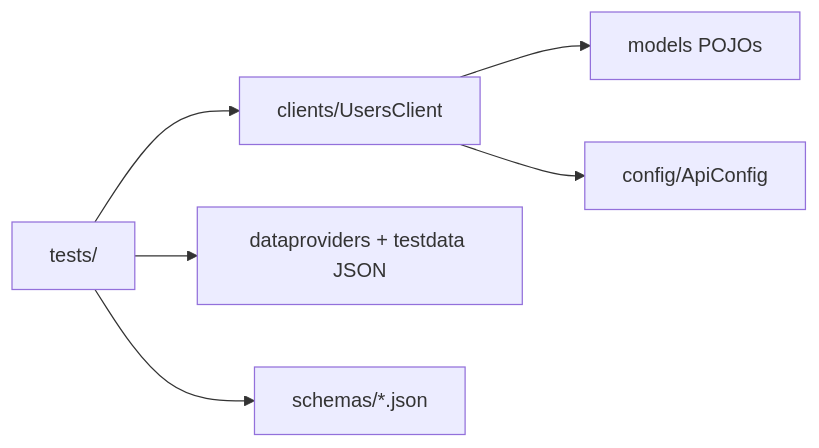
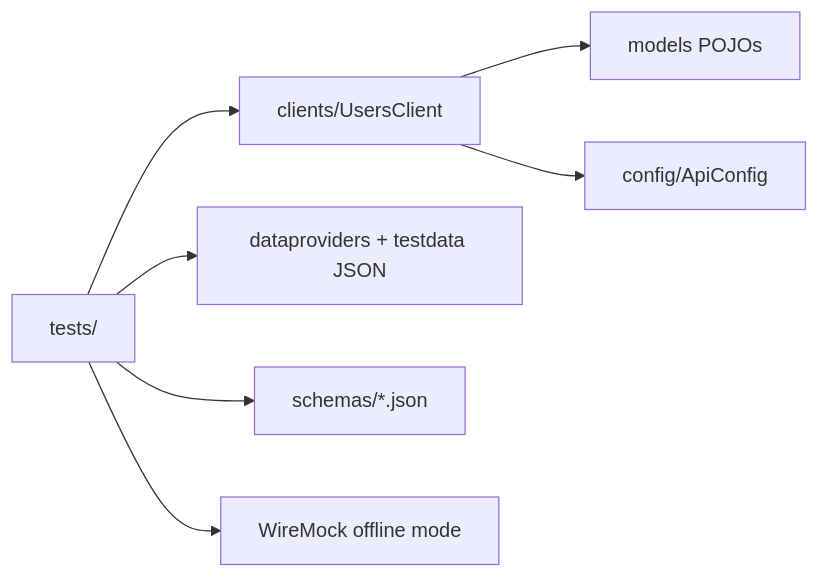
The diagram in README.md (SatyamChouksey-88/api-automation-restassured), drawn with Mermaid before and after one commit. The commit also changed other lines of this file and 15 other files, not shown here.

First line of the commit message:
feat: WireMock offline mode, API key support, and 25-test suite polish (#1)

````diff
--- a/README.md
+++ b/README.md
@@ -35,8 +36,9 @@
 ```mermaid
 flowchart LR
   tests[tests/] --> client[clients/UsersClient]
   tests --> data[dataproviders + testdata JSON]
   client --> models[models POJOs]
   client --> config[config/ApiConfig]
   tests --> schemas[schemas/*.json]
+  tests --> mock[WireMock offline mode]
 ```
````
